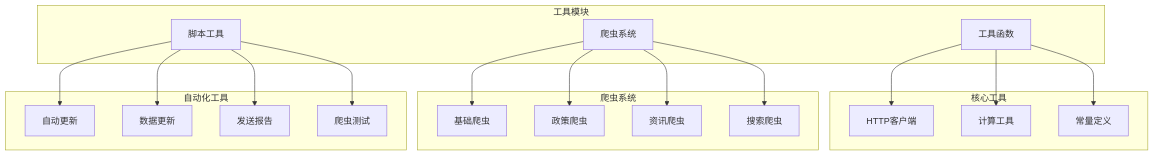
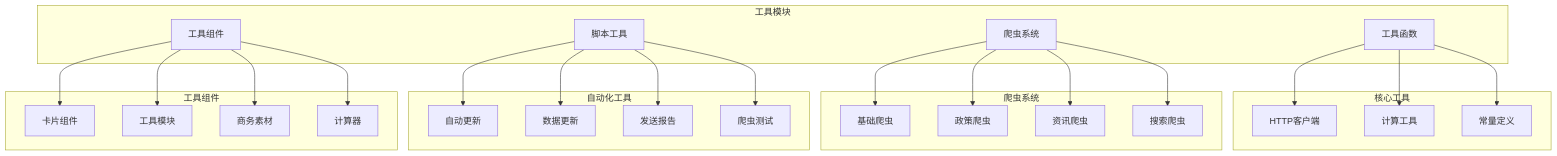
One commit to liangxuanliang-cmd/carbon-info-agent changed the first of 11 diagrams in .qoder/repowiki/zh/content/功能模块/工具模块.md. Above: the diagram before and after it, drawn with Mermaid. The commit also changed other lines of this file and 33 other files, not shown here.

````diff
--- a/.qoder/repowiki/zh/content/功能模块/工具模块.md
+++ b/.qoder/repowiki/zh/content/功能模块/工具模块.md
@@ -56,36 +48,47 @@
 ```mermaid
 graph TB
 subgraph "工具模块"
 Utils[工具函数]
 Crawler[爬虫系统]
 Scripts[脚本工具]
+Tools[工具组件]
 end
 subgraph "核心工具"
 HttpClient[HTTP客户端]
 Calculator[计算工具]
 Constants[常量定义]
 end
 subgraph "爬虫系统"
 BaseCrawler[基础爬虫]
 PolicyCrawler[政策爬虫]
 NewsCrawler[资讯爬虫]
 SearchCrawler[搜索爬虫]
 end
 subgraph "自动化工具"
 AutoUpdate[自动更新]
 UpdateData[数据更新]
 SendReport[发送报告]
 TestCrawler[爬虫测试]
 end
+subgraph "工具组件"
+SectionCard[卡片组件]
+ToolsSection[工具模块]
+BusinessSection[商务素材]
+CalculatorSection[计算器]
+end
 Utils --> HttpClient
 Utils --> Calculator
 Utils --> Constants
 Crawler --> BaseCrawler
 Crawler --> PolicyCrawler
 Crawler --> NewsCrawler
 Crawler --> SearchCrawler
 Scripts --> AutoUpdate
 Scripts --> UpdateData
 Scripts --> SendReport
 Scripts --> TestCrawler
+Tools --> SectionCard
+Tools --> ToolsSection
+Tools --> BusinessSection
+Tools --> CalculatorSection
 ```
````
